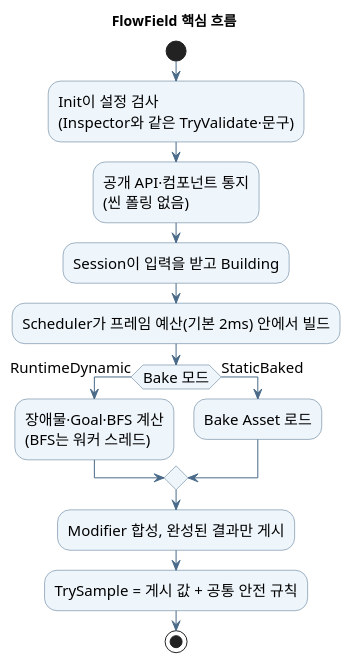
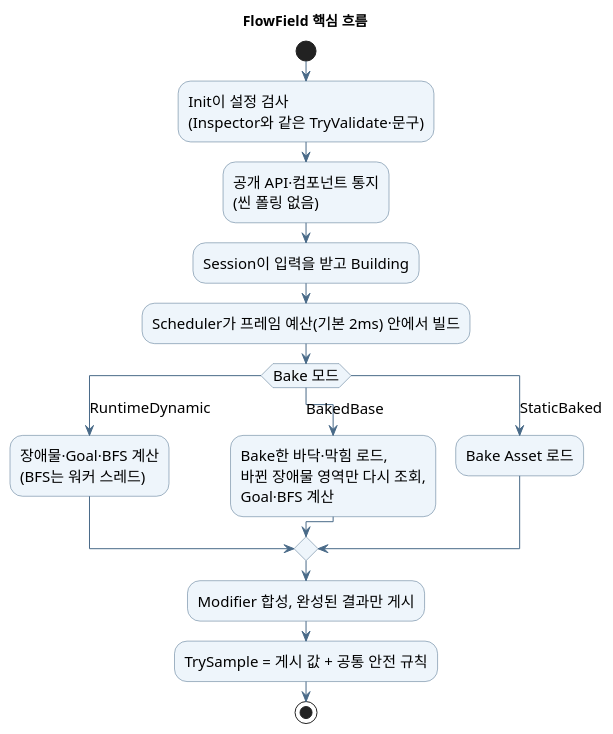
Before and after one commit to youwonsock/tool-unity-editor: the diagram in ToyProject/Assets/_FlowField/Docs/flowfield-uml.puml, drawn with PlantUML. The commit also changed 39 other files, not shown here.

First line of the commit message:
Bake한 바닥 위에서 Goal과 장애물을 런타임에 바꾸는 BakedBase 모드를 더함

```diff
--- a/ToyProject/Assets/_FlowField/Docs/flowfield-uml.puml
+++ b/ToyProject/Assets/_FlowField/Docs/flowfield-uml.puml
@@ -1,25 +1,28 @@
 @startuml flowfield-uml
 skinparam shadowing false
 skinparam defaultFontName "Apple SD Gothic Neo"
 skinparam defaultFontSize 15
 skinparam ArrowColor #496A88
 skinparam ActivityBackgroundColor #EEF5FB
 skinparam ActivityBorderColor #496A88
 skinparam ActivityDiamondBackgroundColor #EEF5FB
 skinparam ActivityDiamondBorderColor #496A88
 title FlowField 핵심 흐름
 
 start
 :Init이 설정 검사\n(Inspector와 같은 TryValidate·문구);
 :공개 API·컴포넌트 통지\n(씬 폴링 없음);
 :Session이 입력을 받고 Building;
 :Scheduler가 프레임 예산(기본 2ms) 안에서 빌드;
-if (Bake 모드) then (RuntimeDynamic)
+switch (Bake 모드)
+case (RuntimeDynamic)
   :장애물·Goal·BFS 계산\n(BFS는 워커 스레드);
-else (StaticBaked)
+case (BakedBase)
+  :Bake한 바닥·막힘 로드,\n바뀐 장애물 영역만 다시 조회,\nGoal·BFS 계산;
+case (StaticBaked)
   :Bake Asset 로드;
-endif
+endswitch
 :Modifier 합성, 완성된 결과만 게시;
 :TrySample = 게시 값 + 공통 안전 규칙;
 stop
 @enduml
```
